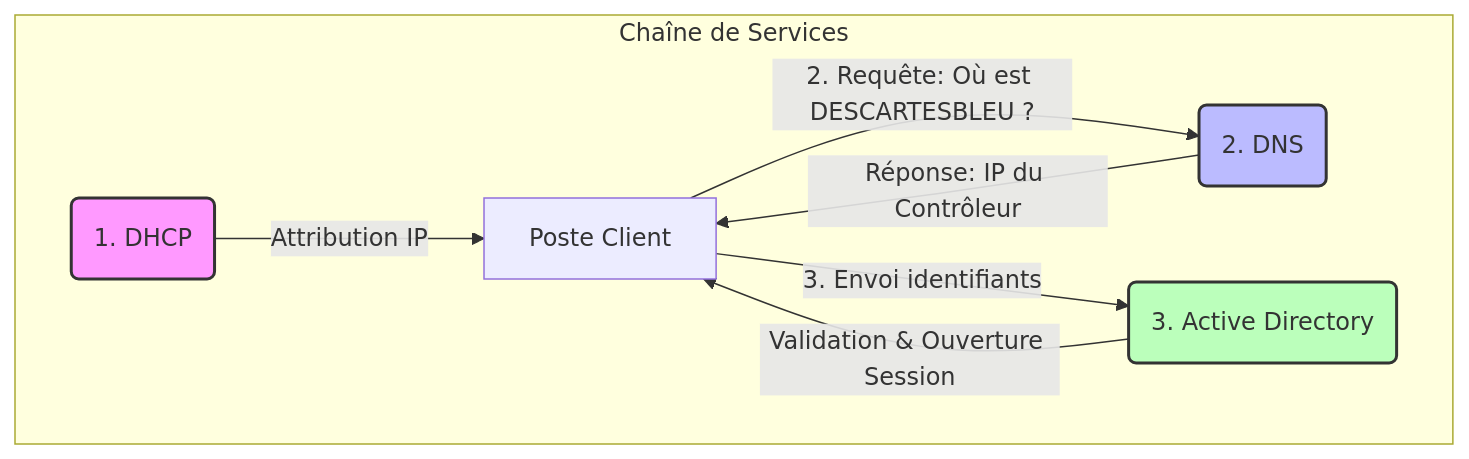
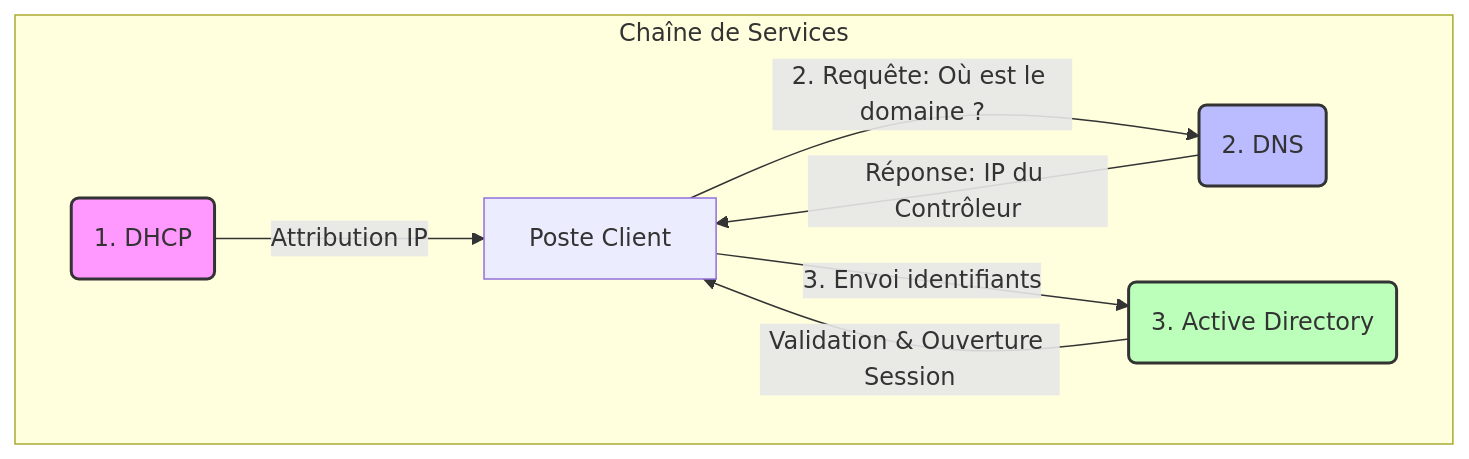
Before and after one commit to Trq-Builds/TP-Des-serveurs-aux-services: the diagram in README.md, drawn with Mermaid. The commit also changed other lines of this file, not shown here.

````diff
--- a/README.md
+++ b/README.md
@@ -195,16 +90,17 @@
 ```mermaid
 graph TD
     Client[Poste Client]
     
     subgraph "Chaîne de Services"
     Step1(1. DHCP) -->|Attribution IP| Client
-    Client -->|2. Requête: Où est DESCARTESBLEU ?| Step2(2. DNS)
+    Client -->|2. Requête: Où est le domaine ?| Step2(2. DNS)
     Step2 -->|Réponse: IP du Contrôleur| Client
     Client -->|3. Envoi identifiants| Step3(3. Active Directory)
     Step3 -->|Validation & Ouverture Session| Client
     end
     
     style Step1 fill:#f9f,stroke:#333,stroke-width:2px
     style Step2 fill:#bbf,stroke:#333,stroke-width:2px
     style Step3 fill:#bfb,stroke:#333,stroke-width:2px
+
 ```
````
